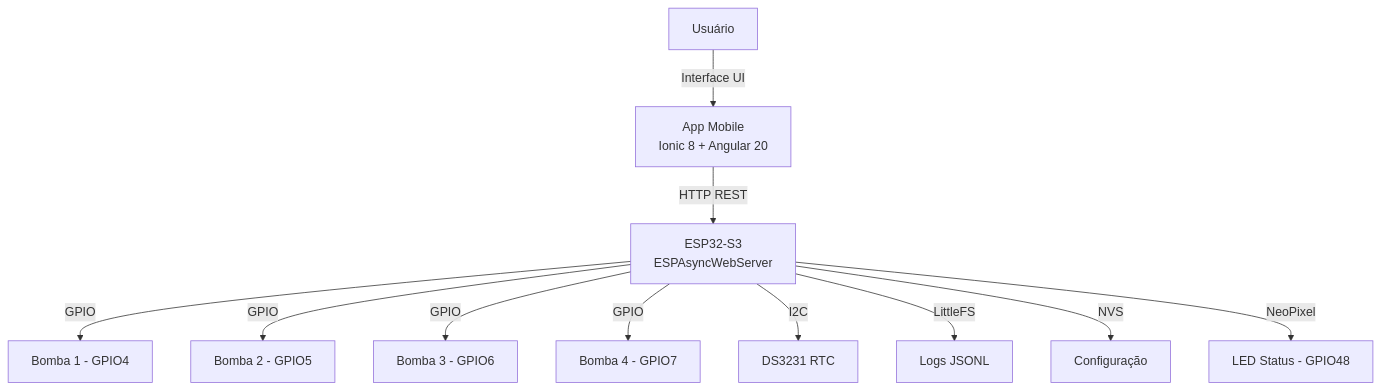
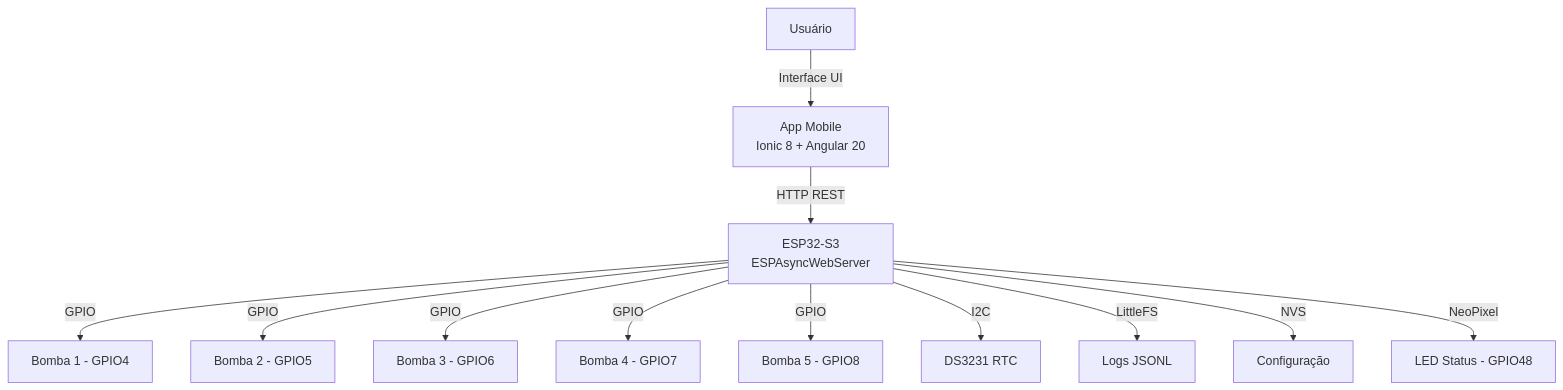
The diagram in README.md (RafaelDVL/aquabalancepro-app), drawn with Mermaid before and after one commit. The commit also changed other lines of this file and 30 other files, not shown here.

````diff
--- a/README.md
+++ b/README.md
@@ -7,13 +7,14 @@
 ```mermaid
 graph TD
     User[Usuário] -->|Interface UI| App[App Mobile<br/>Ionic 8 + Angular 20]
     App -->|HTTP REST| ESP[ESP32-S3<br/>ESPAsyncWebServer]
     ESP -->|GPIO| Pump1[Bomba 1 - GPIO4]
     ESP -->|GPIO| Pump2[Bomba 2 - GPIO5]
     ESP -->|GPIO| Pump3[Bomba 3 - GPIO6]
     ESP -->|GPIO| Pump4[Bomba 4 - GPIO7]
+    ESP -->|GPIO| Pump5[Bomba 5 - GPIO8]
     ESP -->|I2C| RTC[DS3231 RTC]
     ESP -->|LittleFS| Logs[Logs JSONL]
     ESP -->|NVS| Config[Configuração]
     ESP -->|NeoPixel| LED[LED Status - GPIO48]
 ```
````
